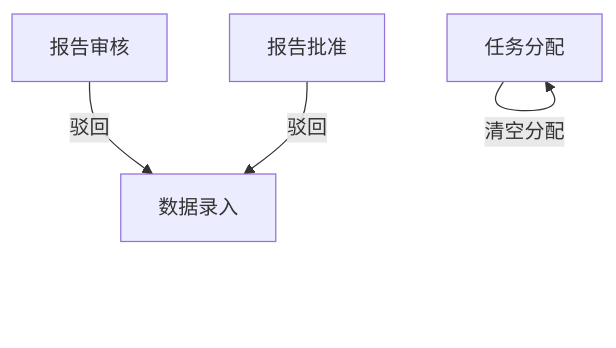
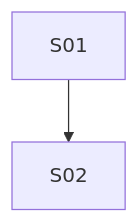
The diagram in docs/design/flow-function-map.md (zcqiand/lab-management-system-nextjs), drawn with Mermaid before and after one commit. The commit also changed other lines of this file and 13 other files, not shown here.

````diff
--- a/docs/design/flow-function-map.md
+++ b/docs/design/flow-function-map.md
@@ -86,6 +9,4 @@
 ```mermaid
 flowchart TD
-    S04[报告审核] -- 驳回 --> S03[数据录入]
-    S05[报告批准] -- 驳回 --> S03[数据录入]
-    S02[任务分配] -- 清空分配 --> S02
+    S01[S01 ] --> S02[S02 ]
 ```
````
